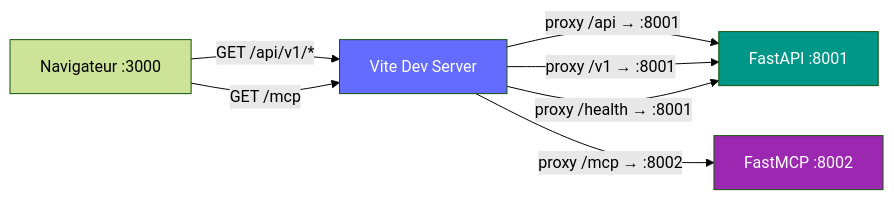
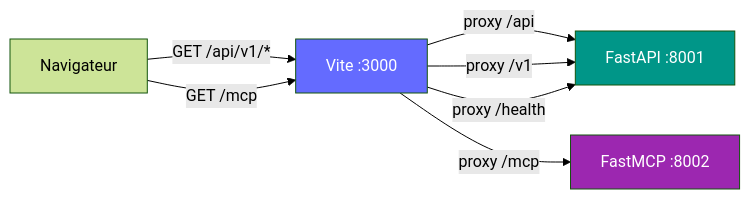
One commit to giak/mnemo-lite changed the ninth of 11 diagrams in docs/ARCHITECTURE.md. Above: the diagram before and after it, drawn with Mermaid (forest theme). The commit also changed other lines of this file, not shown here.

First line of the commit message:
docs: improve all Mermaid diagrams in ARCHITECTURE.md

````diff
--- a/docs/ARCHITECTURE.md
+++ b/docs/ARCHITECTURE.md
@@ -478,13 +479,13 @@
 ```mermaid
 flowchart LR
-    Br[Navigateur :3000] -->|GET /api/v1/*| Vi[Vite Dev Server]
+    Br[Navigateur] -->|GET /api/v1/*| Vi[Vite :3000]
     Br -->|GET /mcp| Vi
-    Vi -->|proxy /api → :8001| AP[FastAPI :8001]
-    Vi -->|proxy /v1 → :8001| AP
-    Vi -->|proxy /health → :8001| AP
-    Vi -->|proxy /mcp → :8002| MC[FastMCP :8002]
+    Vi -->|proxy /api| AP[FastAPI :8001]
+    Vi -->|proxy /v1| AP
+    Vi -->|proxy /health| AP
+    Vi -->|proxy /mcp| MC[FastMCP :8002]
 
     style Vi fill:#646BFF,color:#fff
     style AP fill:#009688,color:#fff
     style MC fill:#9C27B0,color:#fff
 ```
````
